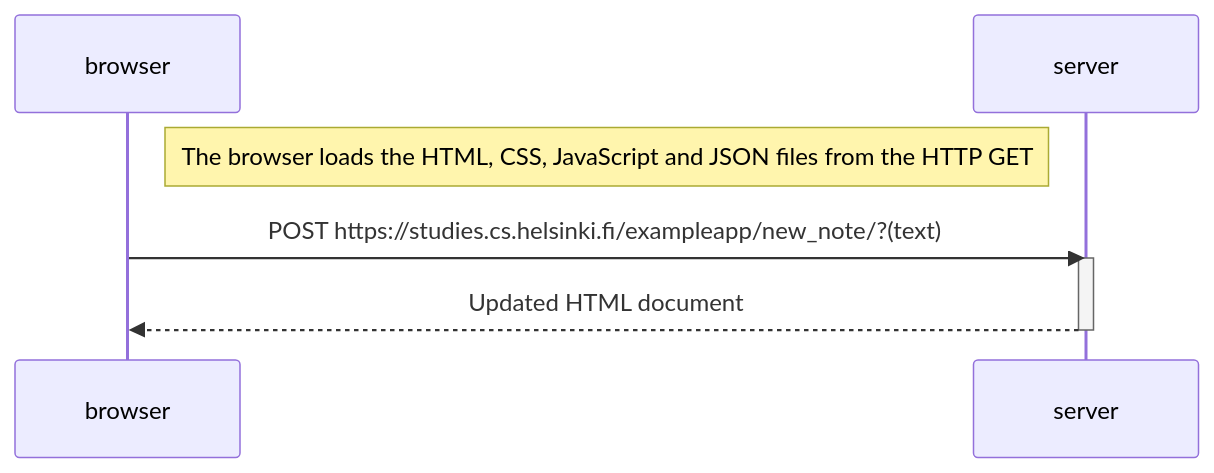
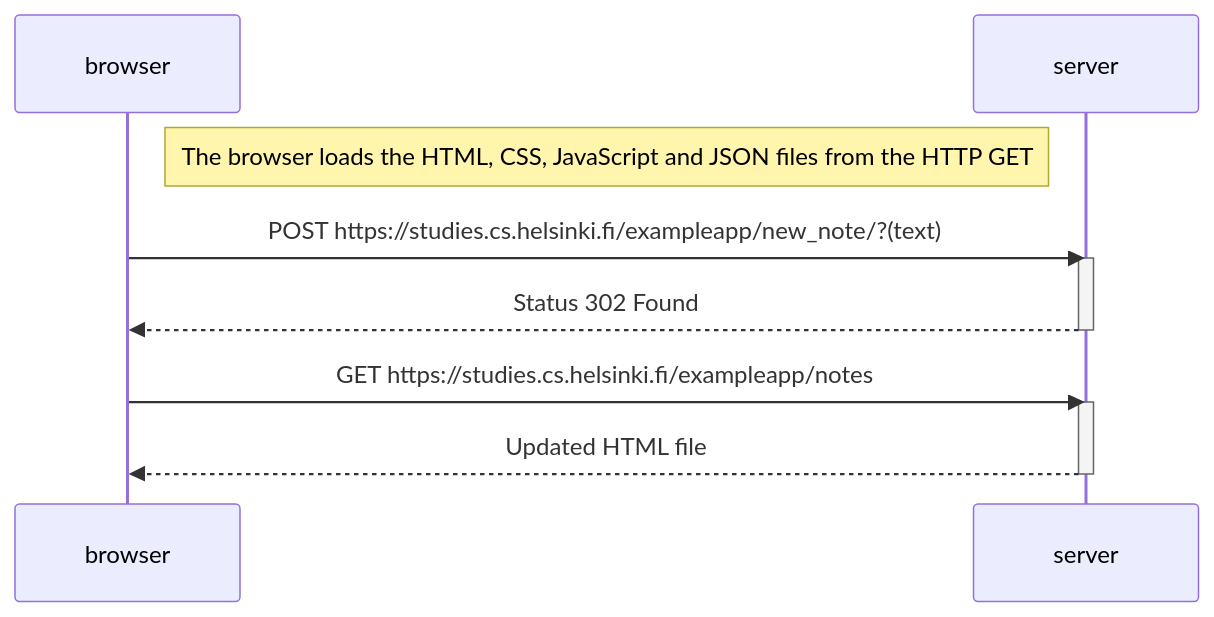
Before and after one commit to PedroCNeto/Fullstack-Open: the diagram in part0/0-4.md, drawn with Mermaid.

````diff
--- a/part0/0-4.md
+++ b/part0/0-4.md
@@ -3,13 +3,18 @@
 ```mermaid
 sequenceDiagram
     participant browser
     participant server
 
     Note right of browser: The browser loads the HTML, CSS, JavaScript and JSON files from the HTTP GET
 
     browser->>server: POST https://studies.cs.helsinki.fi/exampleapp/new_note/?(text)
     activate server
-    server-->>browser: Updated HTML document
+    server-->>browser: Status 302 Found
+    deactivate server
+
+    browser->>server: GET https://studies.cs.helsinki.fi/exampleapp/notes
+    activate server
+    server-->>browser: Updated HTML file
     deactivate server
 
 ```
````
